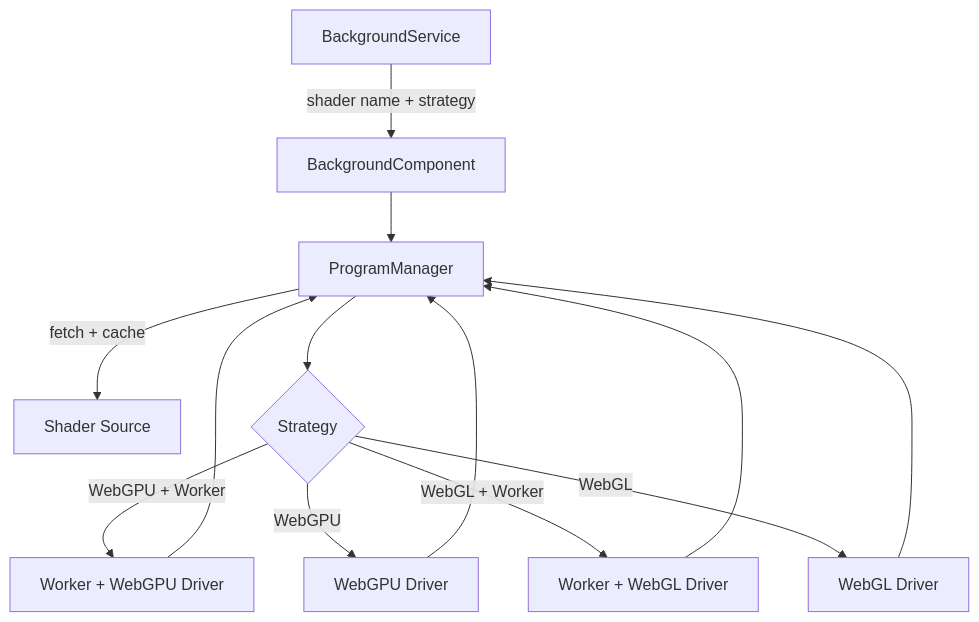
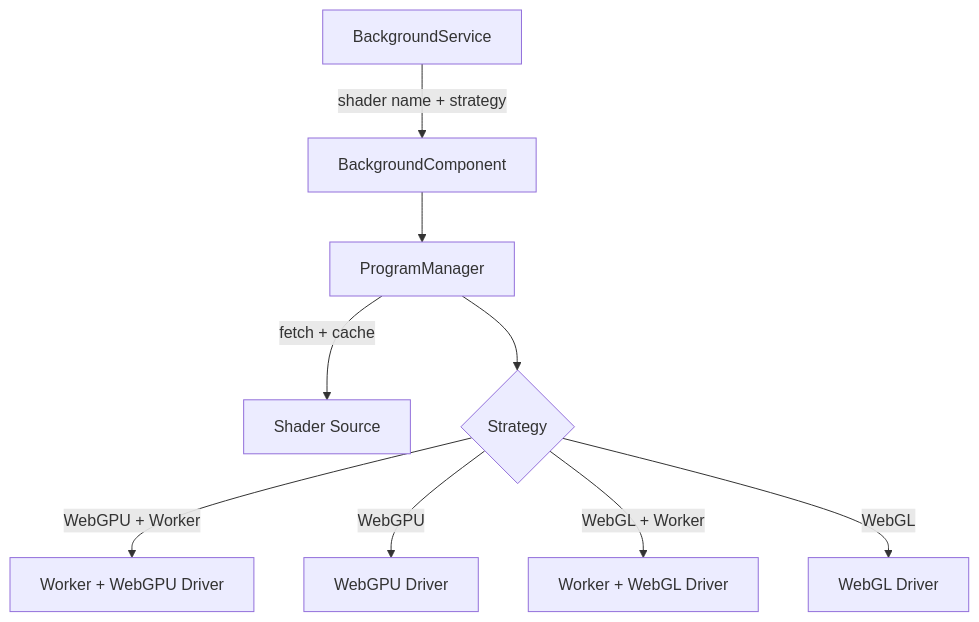
Before and after one commit to JelleBruisten/jellebruisten.github.io: the diagram in src/content/blog/shader-background-system.md, drawn with Mermaid. The commit also changed 2 other files, not shown here.

Commit message:
fix: use afterRenderEffect for mermaid diagram rendering
afterNextRender fires once before async blog content is loaded,
so mermaid diagrams were never processed. afterRenderEffect tracks
the safeContent signal and re-runs after content is painted.

Also simplify the shader system architecture diagram.

````diff
--- a/src/content/blog/shader-background-system.md
+++ b/src/content/blog/shader-background-system.md
@@ -50,15 +50,11 @@
 ```mermaid
 flowchart TD
     A[BackgroundService] -->|shader name + strategy| B[BackgroundComponent]
     B --> C[ProgramManager]
     C -->|fetch + cache| D[Shader Source]
     C --> E{Strategy}
     E -->|WebGPU + Worker| F[Worker + WebGPU Driver]
     E -->|WebGPU| G[WebGPU Driver]
     E -->|WebGL + Worker| H[Worker + WebGL Driver]
     E -->|WebGL| I[WebGL Driver]
-    F --> C
-    G --> C
-    H --> C
-    I --> C
 ```
````
